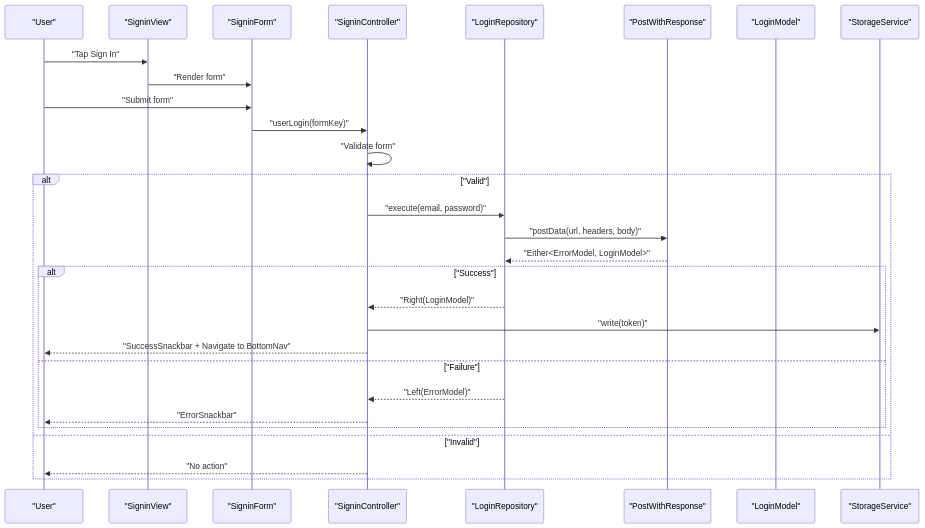
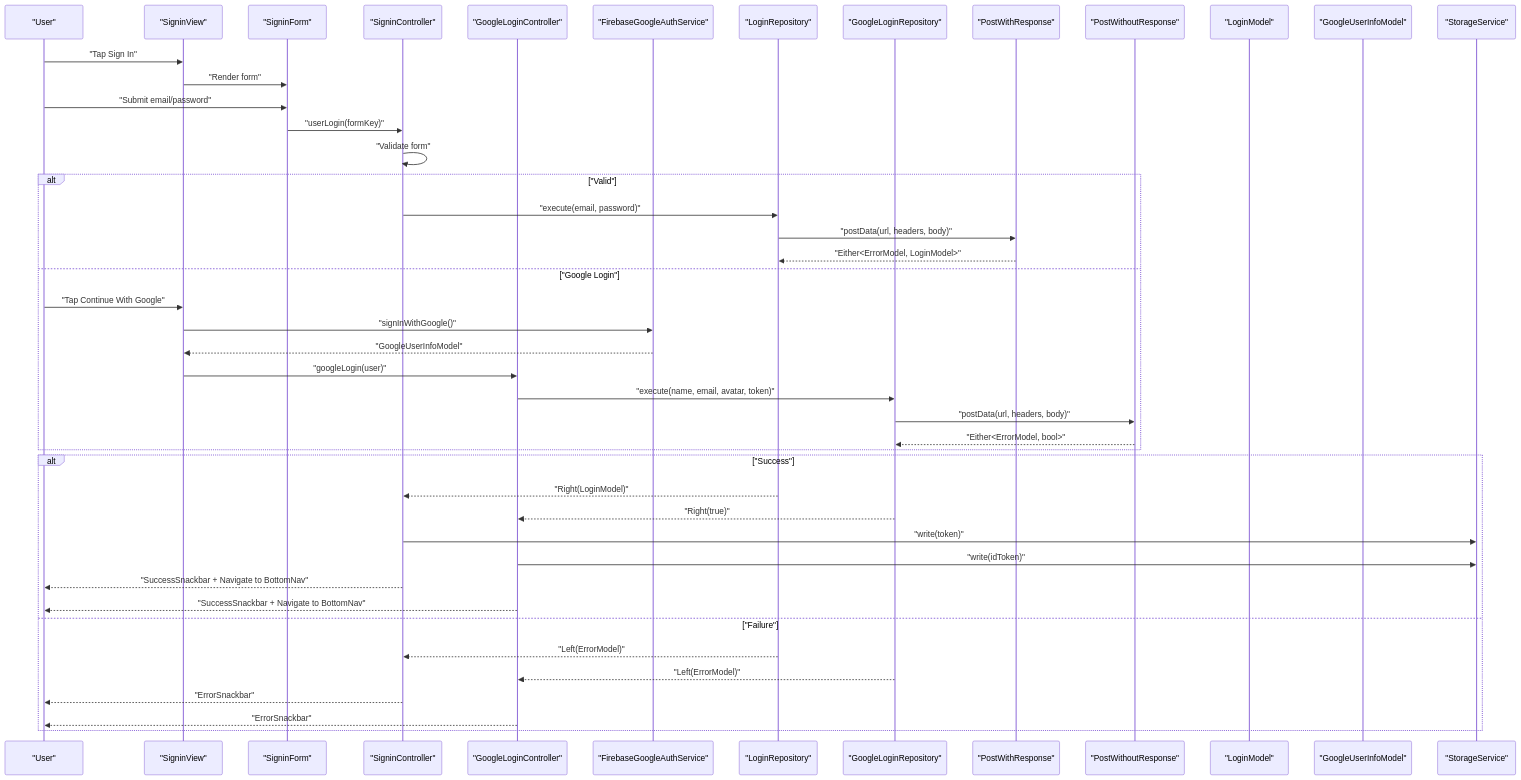
Before and after one commit to Ariful3111/FurniGo: the second of 4 diagrams in .qoder/repowiki/en/content/Core Features/Authentication System/Login System.md, drawn with Mermaid. The commit also changed other lines of this file and 11 other files, not shown here.

````diff
--- a/.qoder/repowiki/en/content/Core Features/Authentication System/Login System.md
+++ b/.qoder/repowiki/en/content/Core Features/Authentication System/Login System.md
@@ -119,31 +162,47 @@
 ```mermaid
 sequenceDiagram
 participant U as "User"
 participant V as "SigninView"
 participant F as "SigninForm"
 participant C as "SigninController"
-participant R as "LoginRepository"
+participant GC as "GoogleLoginController"
+participant FR as "FirebaseGoogleAuthService"
+participant LR as "LoginRepository"
+participant GLR as "GoogleLoginRepository"
 participant N as "PostWithResponse"
+participant GN as "PostWithoutResponse"
 participant M as "LoginModel"
+participant GUM as "GoogleUserInfoModel"
 participant S as "StorageService"
 U->>V : "Tap Sign In"
 V->>F : "Render form"
-U->>F : "Submit form"
+U->>F : "Submit email/password"
 F->>C : "userLogin(formKey)"
 C->>C : "Validate form"
 alt "Valid"
-C->>R : "execute(email, password)"
-R->>N : "postData(url, headers, body)"
-N-->>R : "Either<ErrorModel, LoginModel>"
+C->>LR : "execute(email, password)"
+LR->>N : "postData(url, headers, body)"
+N-->>LR : "Either<ErrorModel, LoginModel>"
+else "Google Login"
+U->>V : "Tap Continue With Google"
+V->>FR : "signInWithGoogle()"
+FR-->>V : "GoogleUserInfoModel"
+V->>GC : "googleLogin(user)"
+GC->>GLR : "execute(name, email, avatar, token)"
+GLR->>GN : "postData(url, headers, body)"
+GN-->>GLR : "Either<ErrorModel, bool>"
+end
 alt "Success"
-R-->>C : "Right(LoginModel)"
+LR-->>C : "Right(LoginModel)"
+GLR-->>GC : "Right(true)"
 C->>S : "write(token)"
+GC->>S : "write(idToken)"
 C-->>U : "SuccessSnackbar + Navigate to BottomNav"
+GC-->>U : "SuccessSnackbar + Navigate to BottomNav"
 else "Failure"
-R-->>C : "Left(ErrorModel)"
+LR-->>C : "Left(ErrorModel)"
+GLR-->>GC : "Left(ErrorModel)"
 C-->>U : "ErrorSnackbar"
-end
-else "Invalid"
-C-->>U : "No action"
+GC-->>U : "ErrorSnackbar"
 end
 ```
````
